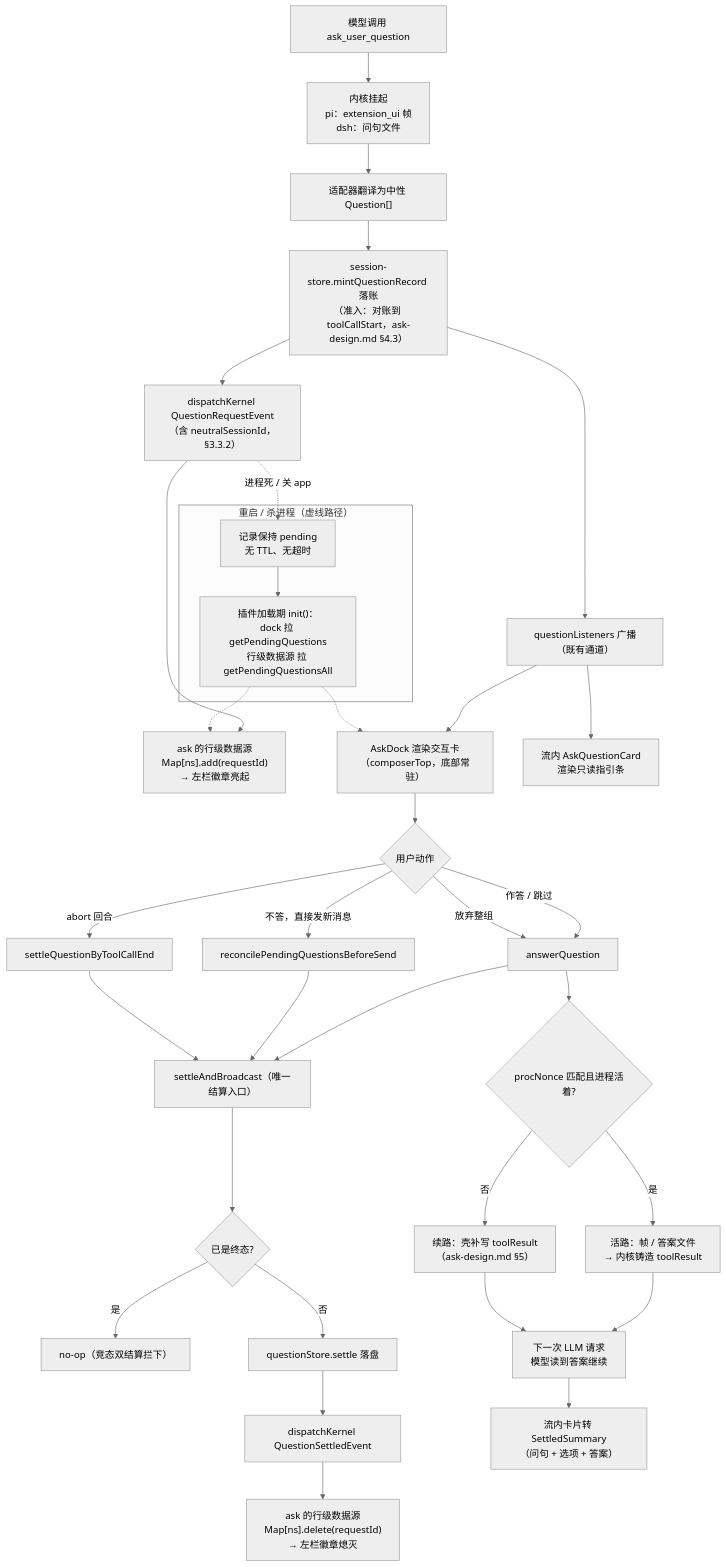
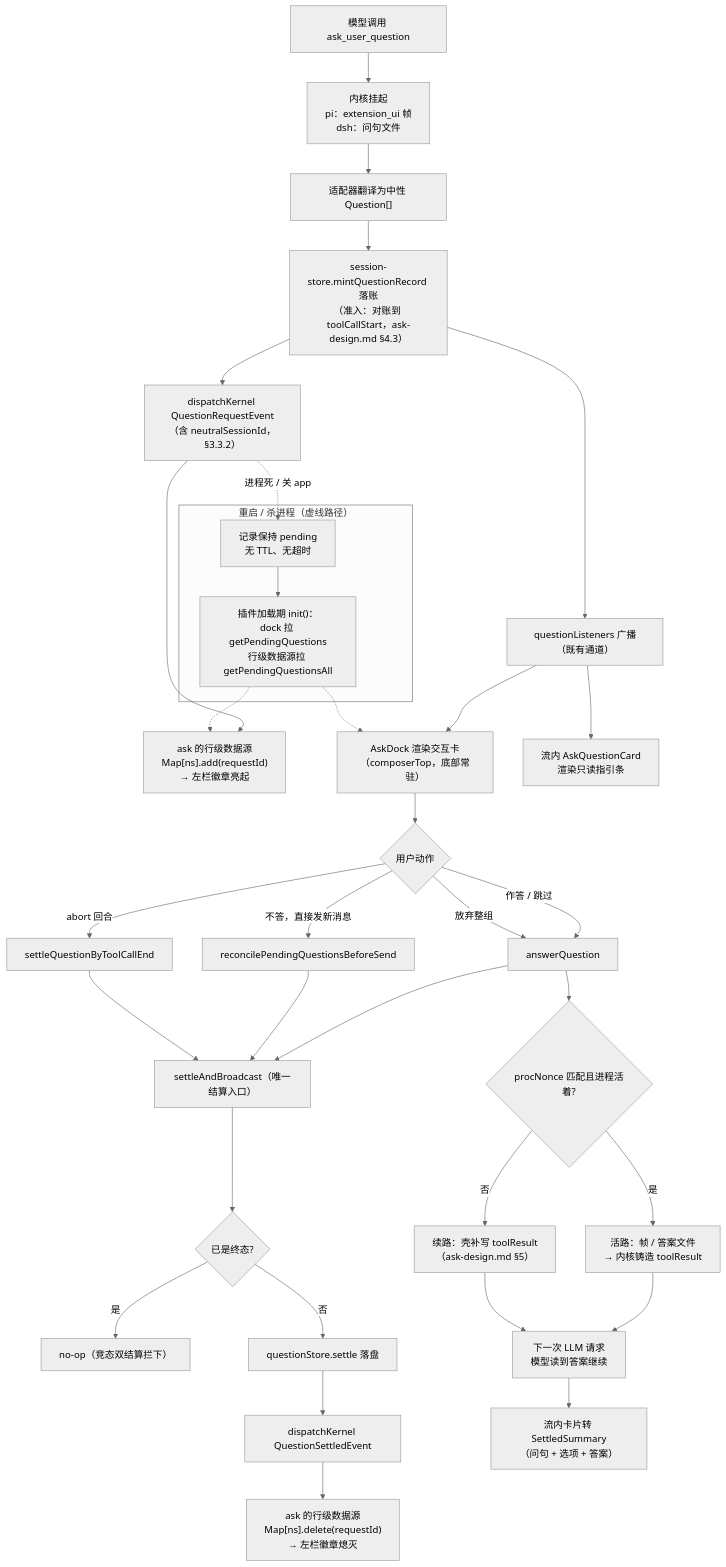
One commit to GOODDAYDAY/my-harness-desktop changed the tenth of 11 diagrams in docs/design/session-row-badges.md. Above: the diagram before and after it, drawn with Mermaid (neutral theme). The commit also changed other lines of this file, not shown here.

````diff
--- a/docs/design/session-row-badges.md
+++ b/docs/design/session-row-badges.md
@@ -870,43 +870,43 @@
 ```mermaid
 flowchart TB
     M["模型调用 ask_user_question"] --> K["内核挂起<br/>pi：extension_ui 帧<br/>dsh：问句文件"]
     K --> AD["适配器翻译为中性 Question[]"]
     AD --> SS["session-store.mintQuestionRecord 落账<br/>（准入：对账到 toolCallStart，ask-design.md §4.3）"]
     SS --> EV1["dispatchKernel QuestionRequestEvent<br/>（含 neutralSessionId，§3.3.2）"]
     SS --> QS["questionListeners 广播（既有通道）"]
 
     EV1 --> CS["ask 的行级数据源<br/>Map[ns].add(requestId)<br/>→ 左栏徽章亮起"]
     QS --> DK["AskDock 渲染交互卡<br/>（composerTop，底部常驻）"]
     QS --> CD["流内 AskQuestionCard<br/>渲染只读指引条"]
 
     DK --> U{"用户动作"}
     U -->|作答 / 跳过| ANS["answerQuestion"]
     U -->|放弃整组| ANS
     U -->|不答，直接发新消息| REC["reconcilePendingQuestionsBeforeSend"]
     U -->|abort 回合| TCE["settleQuestionByToolCallEnd"]
 
     ANS --> SB
     REC --> SB
     TCE --> SB
     SB["settleAndBroadcast（唯一结算入口）"] --> IDEM{"已是终态?"}
     IDEM -->|是| NOOP["no-op（竞态双结算拦下）"]
     IDEM -->|否| SET["questionStore.settle 落盘"]
     SET --> EV2["dispatchKernel QuestionSettledEvent"]
     EV2 --> CS2["ask 的行级数据源<br/>Map[ns].delete(requestId)<br/>→ 左栏徽章熄灭"]
 
     ANS --> RT{"procNonce 匹配且进程活着?"}
     RT -->|是| LIVE["活路：帧 / 答案文件<br/>→ 内核铸造 toolResult"]
     RT -->|否| RESUME["续路：壳补写 toolResult<br/>（ask-design.md §5）"]
     LIVE --> NEXT["下一次 LLM 请求<br/>模型读到答案继续"]
     RESUME --> NEXT
     NEXT --> SUM["流内卡片转 SettledSummary<br/>（问句 + 选项 + 答案）"]
 
     subgraph Restart["重启 / 杀进程（虚线路径）"]
         HOLD["记录保持 pending<br/>无 TTL、无超时"]
-        BOOT["插件加载期 init()：<br/>dock 拉 getPendingQuestions<br/>行级数据源 拉 getPendingQuestionsAll"]
+        BOOT["插件加载期 init()：<br/>dock 拉 getPendingQuestions<br/>行级数据源拉 getPendingQuestionsAll"]
         HOLD --> BOOT
     end
     EV1 -.->|进程死 / 关 app| HOLD
     BOOT -.-> DK
     BOOT -.-> CS
 ```
````
